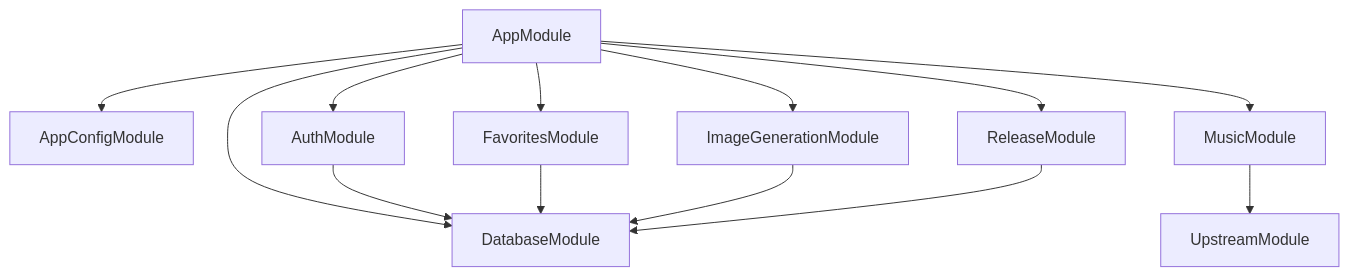
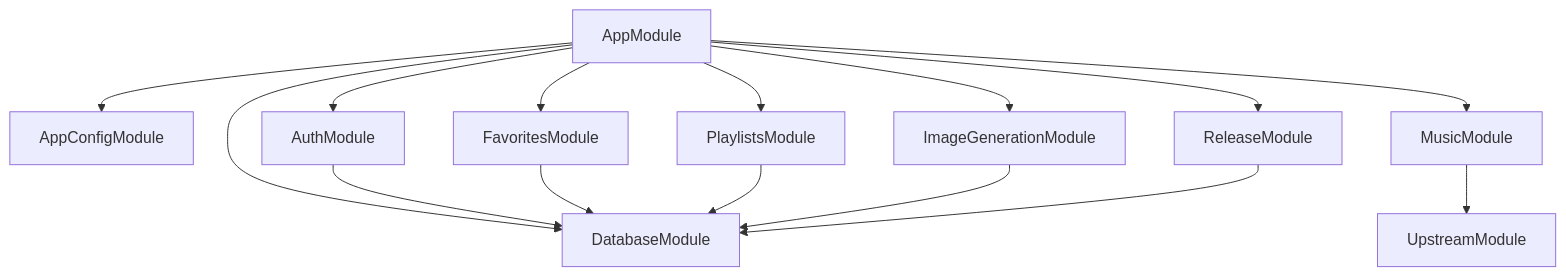
One commit to taotaomusic/core changed the first of 2 diagrams in server/wiki/01-architecture.md. Above: the diagram before and after it, drawn with Mermaid. The commit also changed other lines of this file and 6 other files, not shown here.

````diff
--- a/server/wiki/01-architecture.md
+++ b/server/wiki/01-architecture.md
@@ -26,15 +27,17 @@
 ```mermaid
 flowchart TD
     App["AppModule"] --> Config["AppConfigModule"]
     App --> Database["DatabaseModule"]
     App --> Auth["AuthModule"]
     App --> Favorites["FavoritesModule"]
+    App --> Playlists["PlaylistsModule"]
     App --> Music["MusicModule"]
     App --> Image["ImageGenerationModule"]
     App --> Release["ReleaseModule"]
     Music --> Upstream["UpstreamModule"]
     Auth --> Database
     Favorites --> Database
+    Playlists --> Database
     Image --> Database
     Release --> Database
 ```
````
